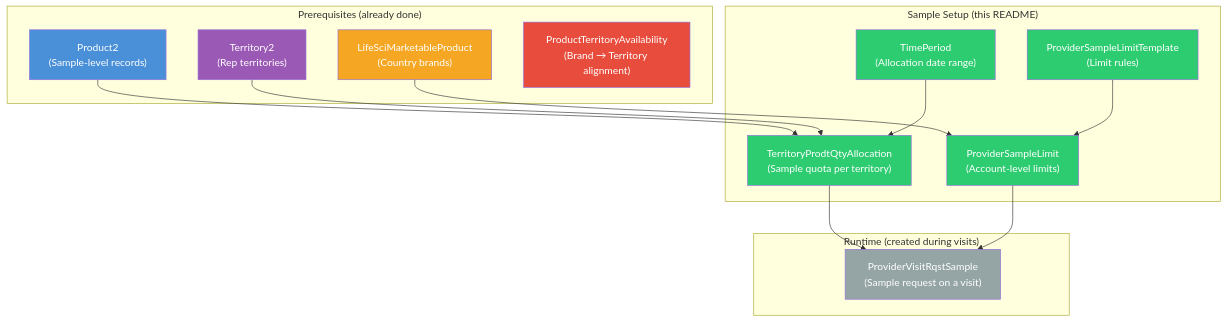
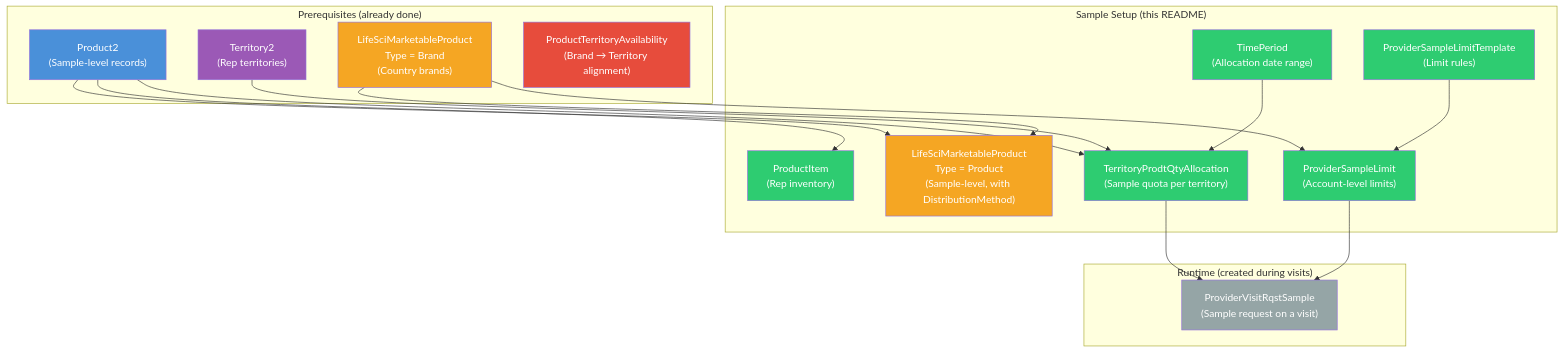
The first of 2 diagrams in README-08-Sample-Management-Setup.md (afls-ideas/Multi-Country-Brand-Setup), drawn with Mermaid before and after one commit. The commit also changed other lines of this file and 5 other files, not shown here.

First line of the commit message:
Fix samples not appearing: add sample marketable products, inventory, and SOQL docs

````diff
--- a/README-08-Sample-Management-Setup.md
+++ b/README-08-Sample-Management-Setup.md
@@ -7,38 +7,45 @@
 ```mermaid
 flowchart TD
     subgraph "Prerequisites (already done)"
         P2["Product2<br/>(Sample-level records)"]
         T2["Territory2<br/>(Rep territories)"]
-        MKT["LifeSciMarketableProduct<br/>(Country brands)"]
+        MKT_BRAND["LifeSciMarketableProduct<br/>Type = Brand<br/>(Country brands)"]
         PTA["ProductTerritoryAvailability<br/>(Brand → Territory alignment)"]
     end
 
     subgraph "Sample Setup (this README)"
+        MKT_PROD["LifeSciMarketableProduct<br/>Type = Product<br/>(Sample-level, with DistributionMethod)"]
+        PI["ProductItem<br/>(Rep inventory)"]
         TP["TimePeriod<br/>(Allocation date range)"]
         TPQA["TerritoryProdtQtyAllocation<br/>(Sample quota per territory)"]
         PSLT["ProviderSampleLimitTemplate<br/>(Limit rules)"]
         PSL["ProviderSampleLimit<br/>(Account-level limits)"]
     end
 
     subgraph "Runtime (created during visits)"
         PVRS["ProviderVisitRqstSample<br/>(Sample request on a visit)"]
     end
 
+    P2 --> MKT_PROD
+    MKT_BRAND --> MKT_PROD
+    P2 --> PI
     P2 --> TPQA
     T2 --> TPQA
     TP --> TPQA
     TPQA --> PVRS
     PSLT --> PSL
     PSL --> PVRS
-    MKT --> PSL
+    MKT_BRAND --> PSL
 
     style P2 fill:#4a90d9,color:#fff
     style T2 fill:#9b59b6,color:#fff
-    style MKT fill:#f5a623,color:#fff
+    style MKT_BRAND fill:#f5a623,color:#fff
+    style MKT_PROD fill:#f5a623,color:#fff
     style PTA fill:#e74c3c,color:#fff
+    style PI fill:#2ecc71,color:#fff
     style TP fill:#2ecc71,color:#fff
     style TPQA fill:#2ecc71,color:#fff
     style PSLT fill:#2ecc71,color:#fff
     style PSL fill:#2ecc71,color:#fff
     style PVRS fill:#95a5a6,color:#fff
 ```
````
